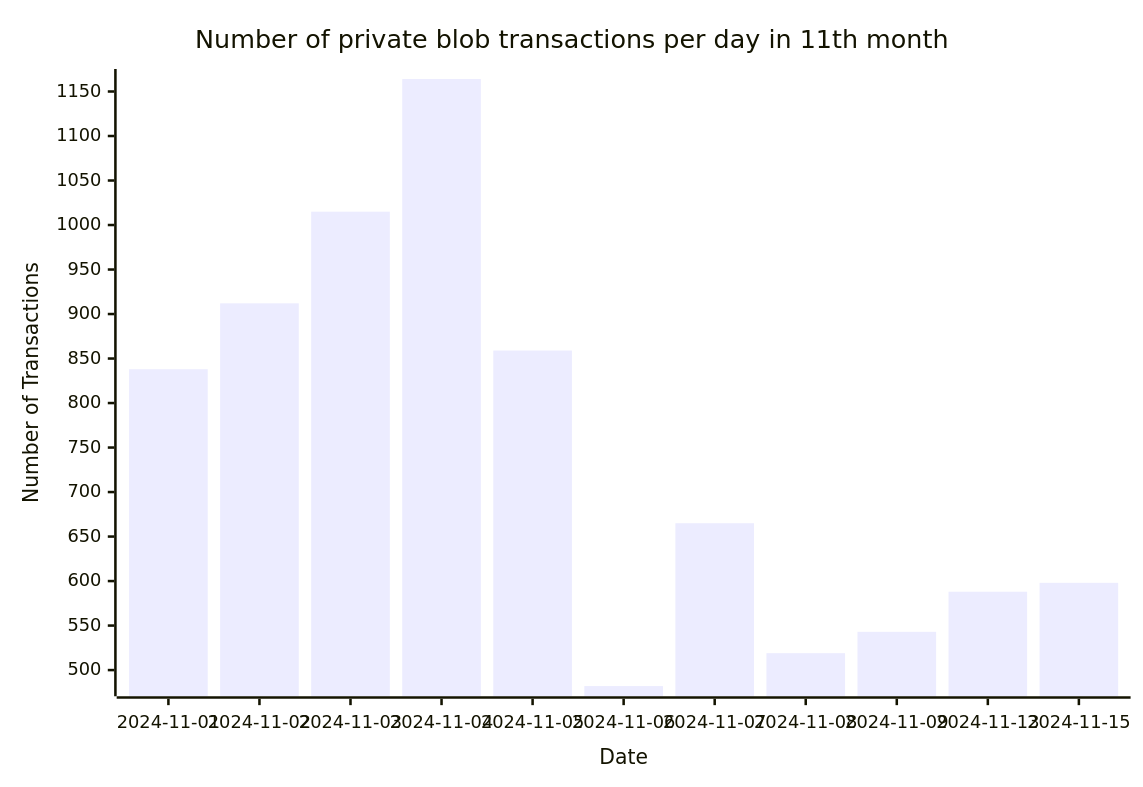
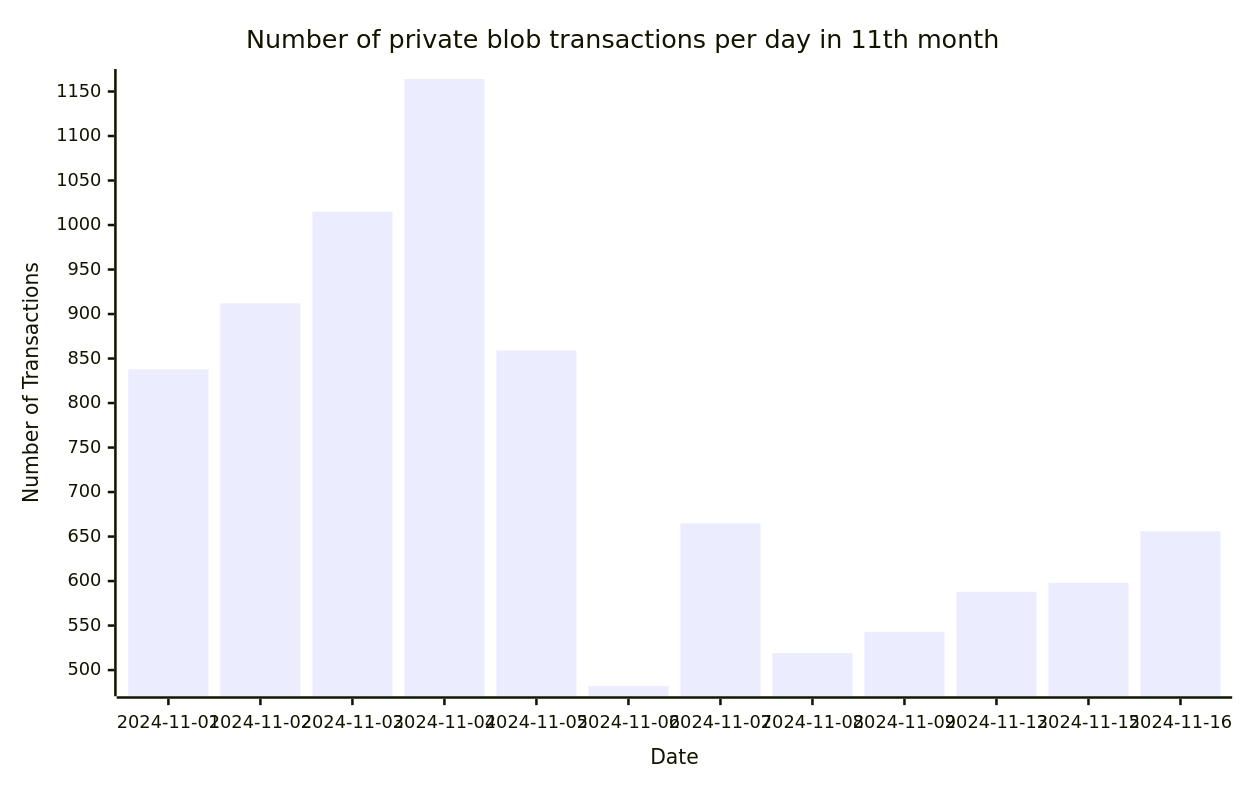
Before and after one commit to Amit0617/eip4844-data: the ninth of 9 diagrams in README.md, drawn with Mermaid. The commit also changed 1 other file, not shown here.

````diff
--- a/README.md
+++ b/README.md
@@ -105,12 +105,12 @@
 ```mermaid
 ---
 config:
     xyChart:
-        width: 880
+        width: 960
         height: 600
 ---
 xychart-beta title "Number of private blob transactions per day in 11th month"
-x-axis "Date" [2024-11-01,2024-11-02,2024-11-03,2024-11-04,2024-11-05,2024-11-06,2024-11-07,2024-11-08,2024-11-09,2024-11-13,2024-11-15]
+x-axis "Date" [2024-11-01,2024-11-02,2024-11-03,2024-11-04,2024-11-05,2024-11-06,2024-11-07,2024-11-08,2024-11-09,2024-11-13,2024-11-15,2024-11-16]
 y-axis "Number of Transactions"
-bar[838,912,1015,1164,859,482,665,519,543,588,598]
+bar[838,912,1015,1164,859,482,665,519,543,588,598,656]
 ```
````
